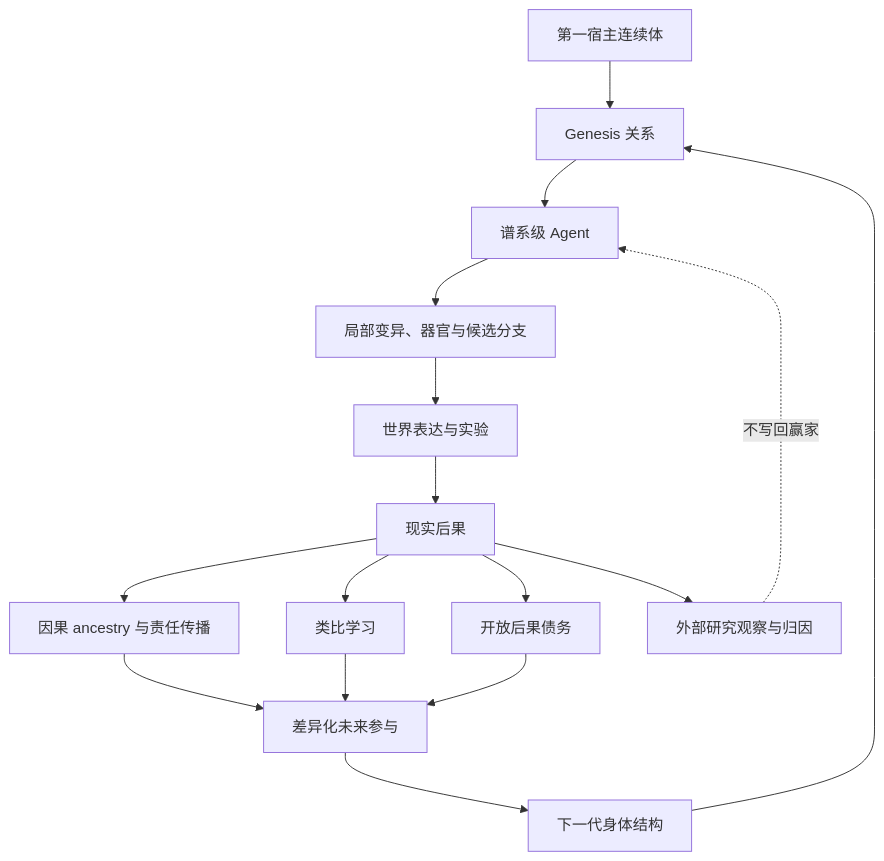
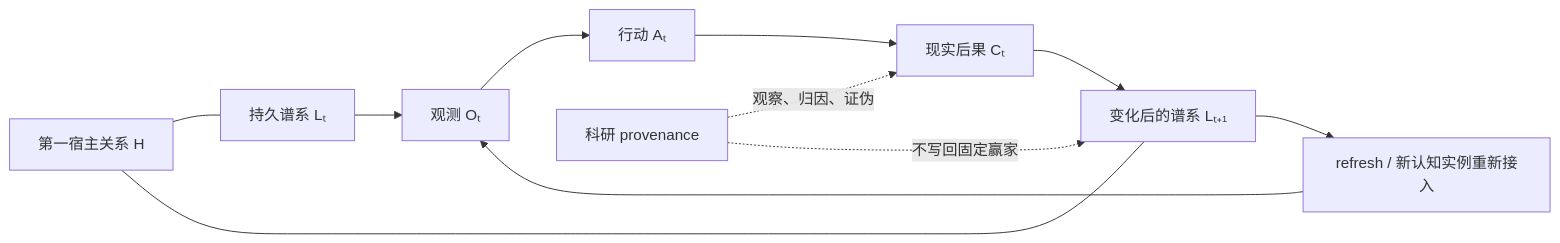
Before and after one commit to eonpaper123/Agentic-Evo: the diagram in docs/research/现实选择与谱系延续_研究问题与证伪纲要.md, drawn with Mermaid. The commit also changed other lines of this file and 6 other files, not shown here.

````diff
--- a/docs/research/现实选择与谱系延续_研究问题与证伪纲要.md
+++ b/docs/research/现实选择与谱系延续_研究问题与证伪纲要.md
@@ -495,23 +724,14 @@
 ```mermaid
-flowchart TD
-    H["第一宿主连续体"] --> G["Genesis 关系"]
-    G --> A["谱系级 Agent"]
+flowchart LR
+    H["第一宿主关系 H"] --- L["持久谱系 Lₜ"]
+    L --> O["观测 Oₜ"]
+    O --> A["行动 Aₜ"]
+    A --> C["现实后果 Cₜ"]
+    C --> N["变化后的谱系 Lₜ₊₁"]
+    H --- N
+    N --> R["refresh / 新认知实例重新接入"]
+    R --> O
 
-    A --> V["局部变异、器官与候选分支"]
-    V --> X["世界表达与实验"]
-    X --> Y["现实后果"]
-
-    Y --> CA["因果 ancestry 与责任传播"]
-    Y --> AL["类比学习"]
-    Y --> OD["开放后果债务"]
-
-    CA --> FP["差异化未来参与"]
-    AL --> FP
-    OD --> FP
-
-    FP --> N["下一代身体结构"]
-    N --> G
-
-    Y --> OBS["外部研究观察与归因"]
-    OBS -.不写回赢家.-> A
+    P["科研 provenance"] -.观察、归因、证伪.-> C
+    P -.不写回固定赢家.-> N
 ```
````
